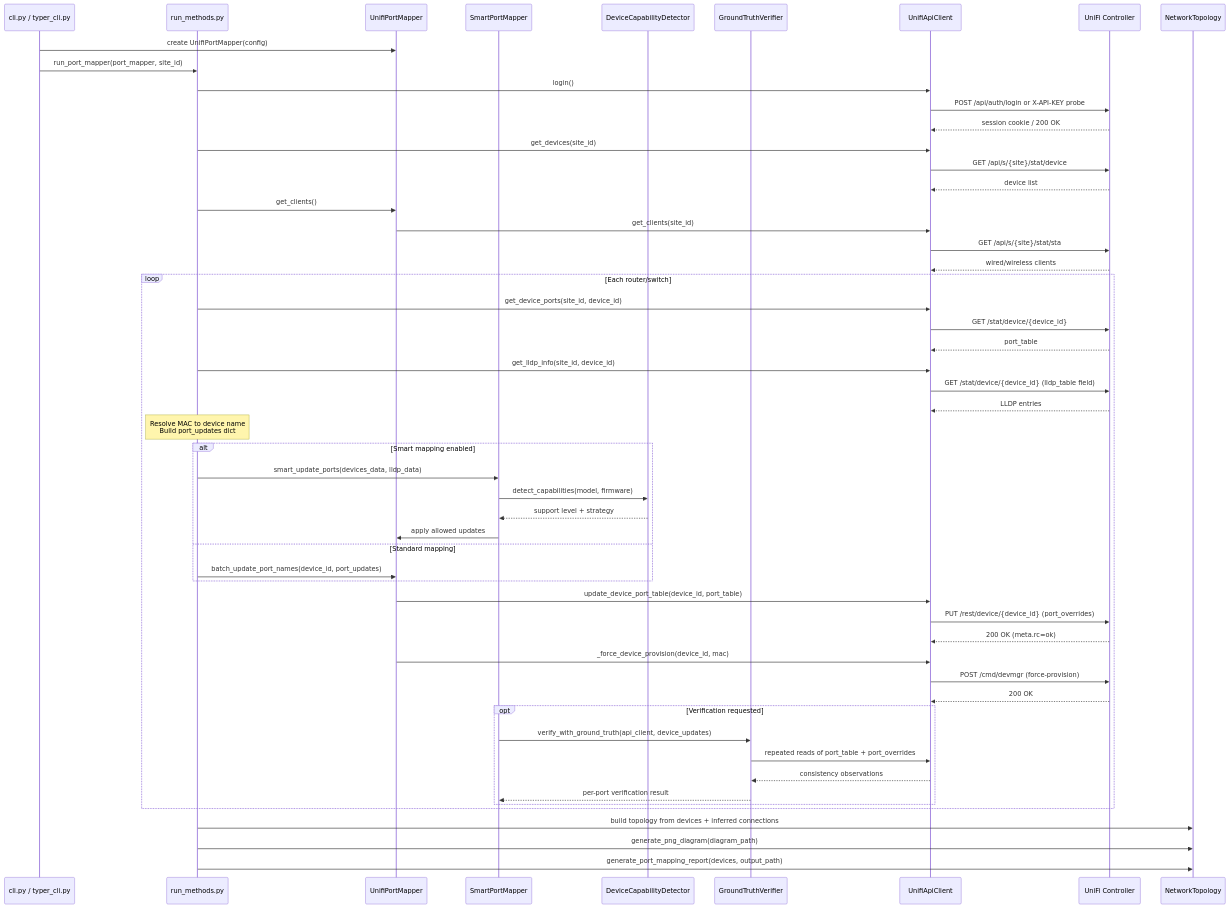
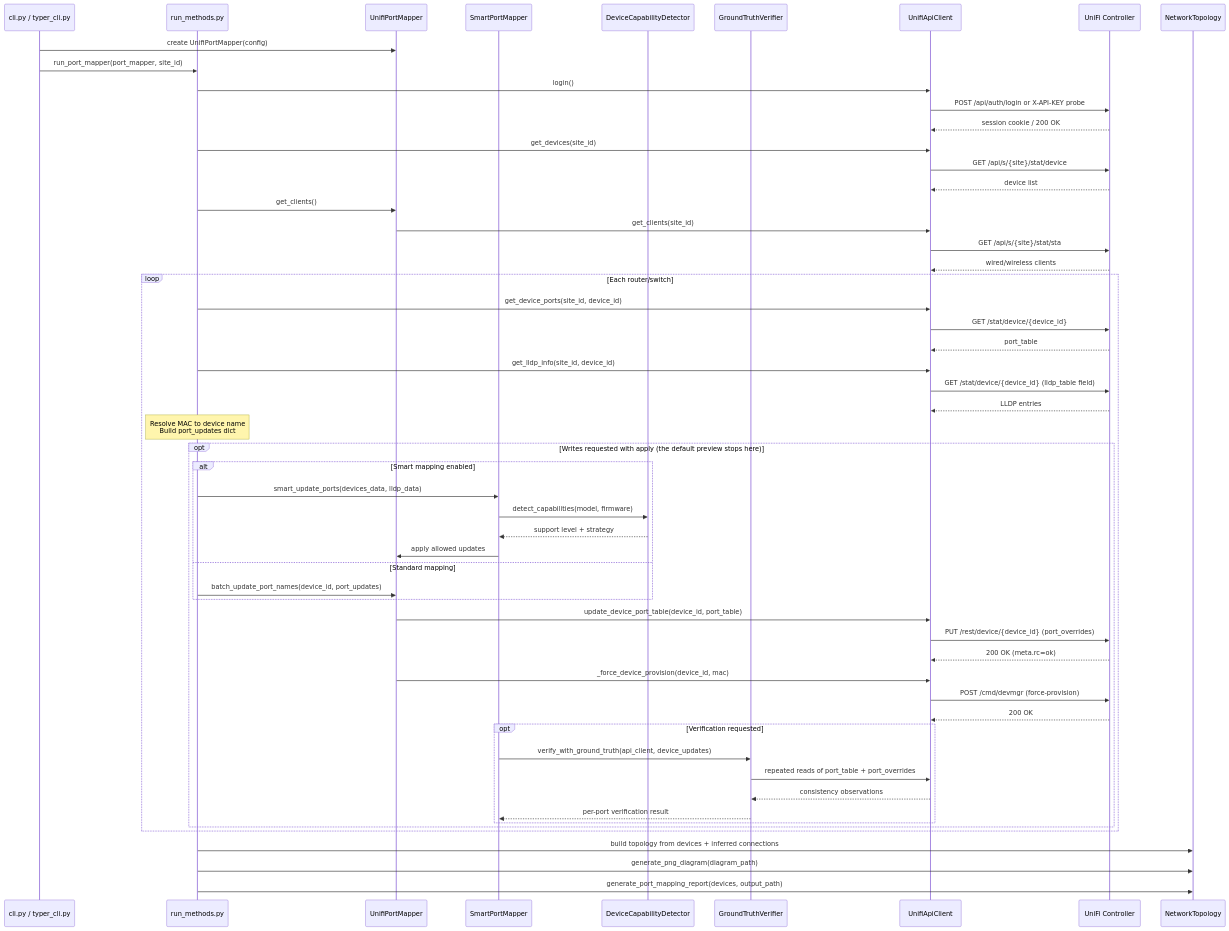
The ninth of 16 diagrams in docs/architecture/codemap.md (NetDevAutomate/unifi_management_cli), drawn with Mermaid before and after one commit. The commit also changed other lines of this file, not shown here.

First line of the commit message:
docs(architecture): refresh the codemap

````diff
--- a/docs/architecture/codemap.md
+++ b/docs/architecture/codemap.md
@@ -1237,57 +1304,59 @@
 ```mermaid
 sequenceDiagram
     participant CLI as cli.py / typer_cli.py
     participant RM as run_methods.py
     participant PM as UnifiPortMapper
     participant SM as SmartPortMapper
     participant CAP as DeviceCapabilityDetector
     participant GTV as GroundTruthVerifier
     participant AC as UnifiApiClient
     participant UC as UniFi Controller
     participant NT as NetworkTopology
 
     CLI->>PM: create UnifiPortMapper(config)
     CLI->>RM: run_port_mapper(port_mapper, site_id)
     RM->>AC: login()
     AC->>UC: POST /api/auth/login or X-API-KEY probe
     UC-->>AC: session cookie / 200 OK
     RM->>AC: get_devices(site_id)
     AC->>UC: GET /api/s/{site}/stat/device
     UC-->>AC: device list
     RM->>PM: get_clients()
     PM->>AC: get_clients(site_id)
     AC->>UC: GET /api/s/{site}/stat/sta
     UC-->>AC: wired/wireless clients
     loop Each router/switch
         RM->>AC: get_device_ports(site_id, device_id)
         AC->>UC: GET /stat/device/{device_id}
         UC-->>AC: port_table
         RM->>AC: get_lldp_info(site_id, device_id)
         AC->>UC: GET /stat/device/{device_id} (lldp_table field)
         UC-->>AC: LLDP entries
         Note over RM: Resolve MAC to device name<br/>Build port_updates dict
-        alt Smart mapping enabled
-            RM->>SM: smart_update_ports(devices_data, lldp_data)
-            SM->>CAP: detect_capabilities(model, firmware)
-            CAP-->>SM: support level + strategy
-            SM->>PM: apply allowed updates
-        else Standard mapping
-            RM->>PM: batch_update_port_names(device_id, port_updates)
-        end
-        PM->>AC: update_device_port_table(device_id, port_table)
-        AC->>UC: PUT /rest/device/{device_id} (port_overrides)
-        UC-->>AC: 200 OK (meta.rc=ok)
-        PM->>AC: _force_device_provision(device_id, mac)
-        AC->>UC: POST /cmd/devmgr (force-provision)
-        UC-->>AC: 200 OK
-        opt Verification requested
-            SM->>GTV: verify_with_ground_truth(api_client, device_updates)
-            GTV->>AC: repeated reads of port_table + port_overrides
-            AC-->>GTV: consistency observations
-            GTV-->>SM: per-port verification result
+        opt Writes requested with apply (the default preview stops here)
+            alt Smart mapping enabled
+                RM->>SM: smart_update_ports(devices_data, lldp_data)
+                SM->>CAP: detect_capabilities(model, firmware)
+                CAP-->>SM: support level + strategy
+                SM->>PM: apply allowed updates
+            else Standard mapping
+                RM->>PM: batch_update_port_names(device_id, port_updates)
+            end
+            PM->>AC: update_device_port_table(device_id, port_table)
+            AC->>UC: PUT /rest/device/{device_id} (port_overrides)
+            UC-->>AC: 200 OK (meta.rc=ok)
+            PM->>AC: _force_device_provision(device_id, mac)
+            AC->>UC: POST /cmd/devmgr (force-provision)
+            UC-->>AC: 200 OK
+            opt Verification requested
+                SM->>GTV: verify_with_ground_truth(api_client, device_updates)
+                GTV->>AC: repeated reads of port_table + port_overrides
+                AC-->>GTV: consistency observations
+                GTV-->>SM: per-port verification result
+            end
         end
     end
     RM->>NT: build topology from devices + inferred connections
     RM->>NT: generate_png_diagram(diagram_path)
     RM->>NT: generate_port_mapping_report(devices, output_path)
 ```
````
